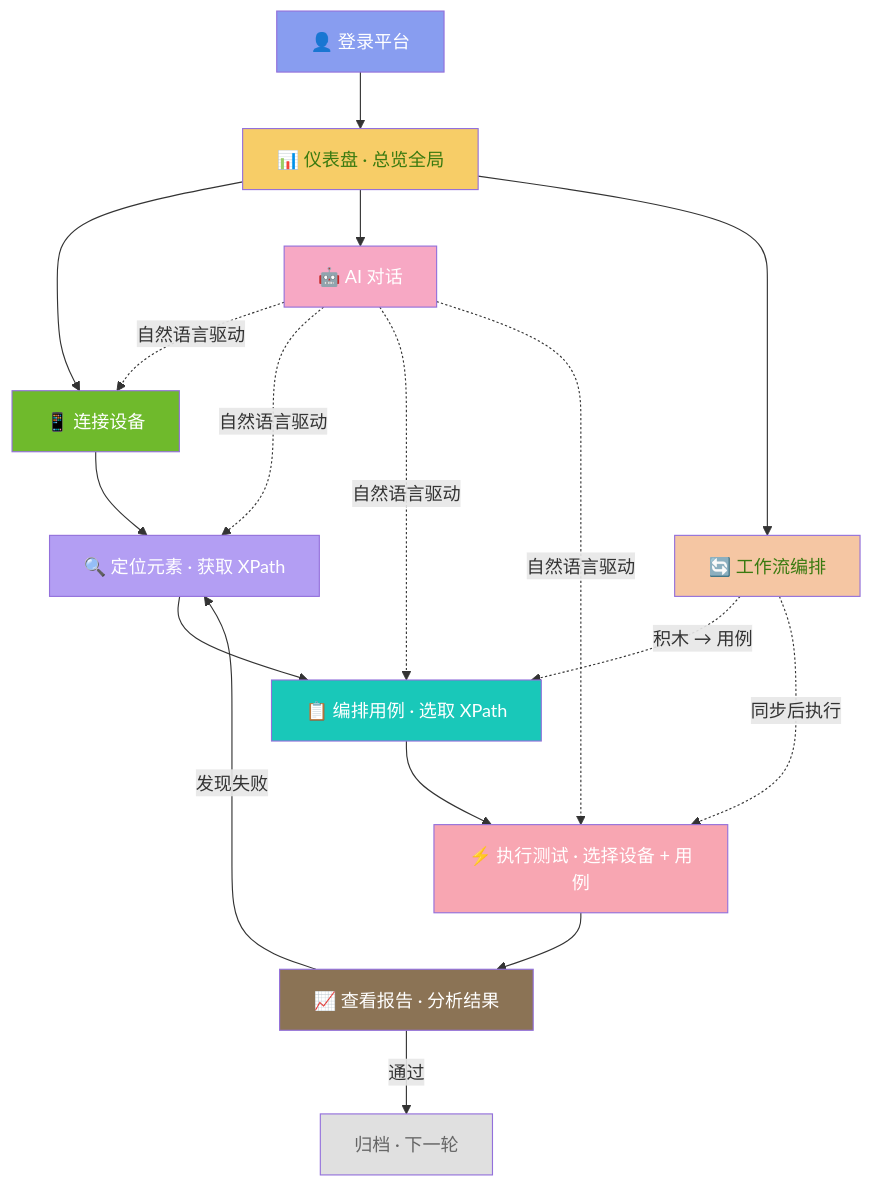
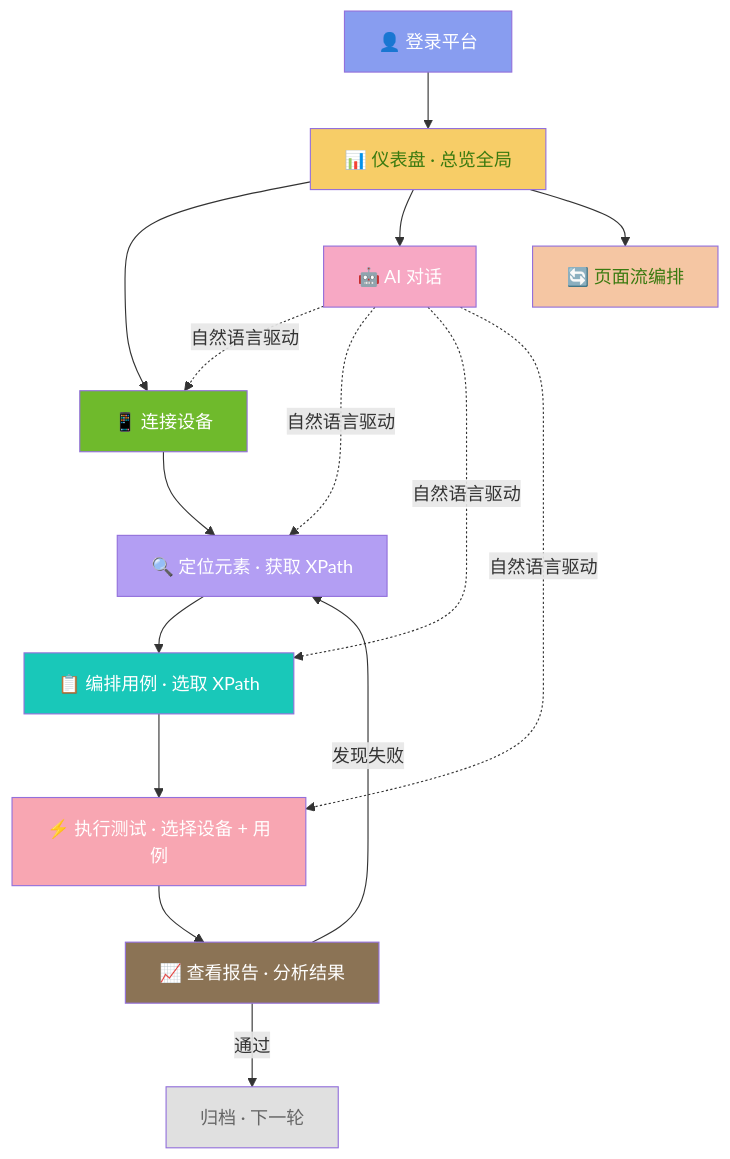
Before and after one commit to Kahoku-lazy/Android-AutoTests: the first of 4 diagrams in dev_docs/02-PRD需求/需求大纲.md, drawn with Mermaid. The commit also changed other lines of this file and 53 other files, not shown here.

````diff
--- a/dev_docs/02-PRD需求/需求大纲.md
+++ b/dev_docs/02-PRD需求/需求大纲.md
@@ -71,33 +71,31 @@
 ```mermaid
 flowchart TD
     A["👤 登录平台"] --> B["📊 仪表盘 · 总览全局"]
     
     B --> C["📱 连接设备"]
     C --> D["🔍 定位元素 · 获取 XPath"]
     D --> E["📋 编排用例 · 选取 XPath"]
     E --> F["⚡ 执行测试 · 选择设备 + 用例"]
     F --> G["📈 查看报告 · 分析结果"]
     G -->|"发现失败"| D
     G -->|"通过"| H["归档 · 下一轮"]
     
     B --> I["🤖 AI 对话"]
     I -.->|"自然语言驱动"| C
     I -.->|"自然语言驱动"| D
     I -.->|"自然语言驱动"| E
     I -.->|"自然语言驱动"| F
     
-    B --> J["🔄 工作流编排"]
-    J -.->|"积木 → 用例"| E
-    J -.->|"同步后执行"| F
+    B --> J["🔄 页面流编排"]
 
     style A fill:#889df0,color:#fff
     style B fill:#f7cd67,color:#3a7a10
     style C fill:#6fba2c,color:#fff
     style D fill:#b39ef3,color:#fff
     style E fill:#19c8b9,color:#fff
     style F fill:#f8a6b2,color:#fff
     style G fill:#8b7355,color:#fff
     style H fill:#e0e0e0,color:#666
     style I fill:#f7a8c4,color:#fff
     style J fill:#f5c6a3,color:#3a7a10
 ```
````
